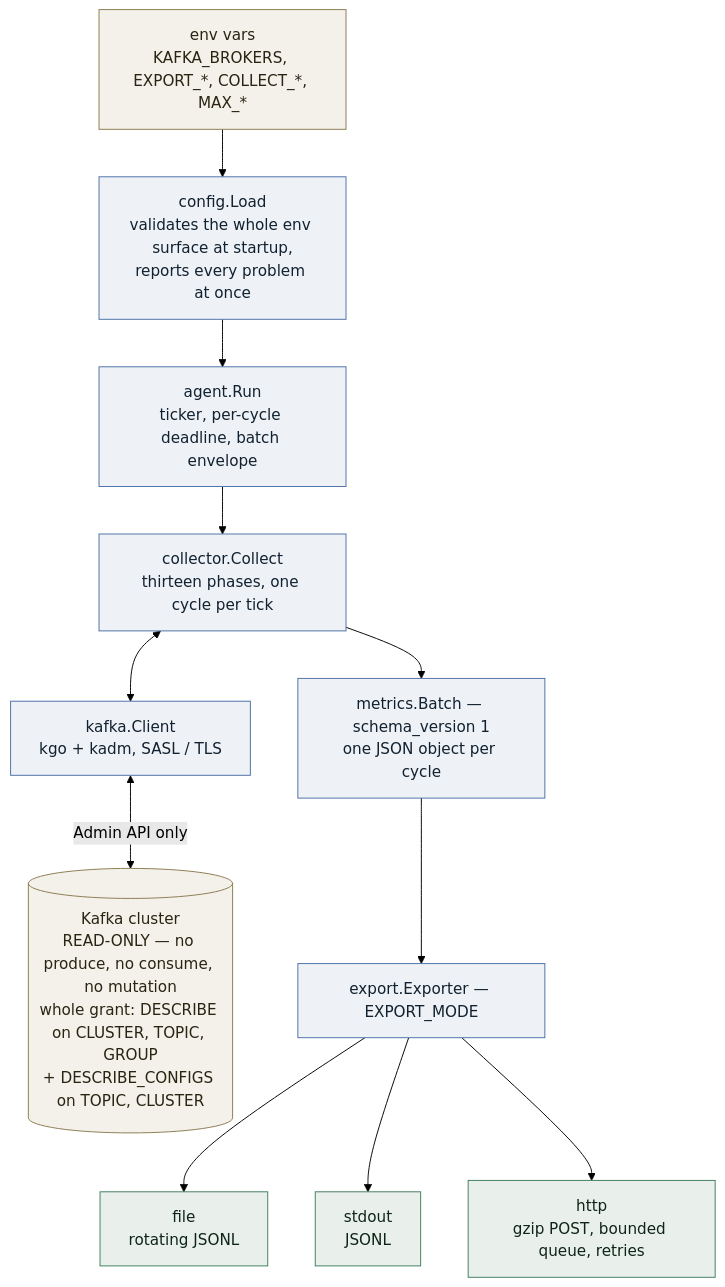
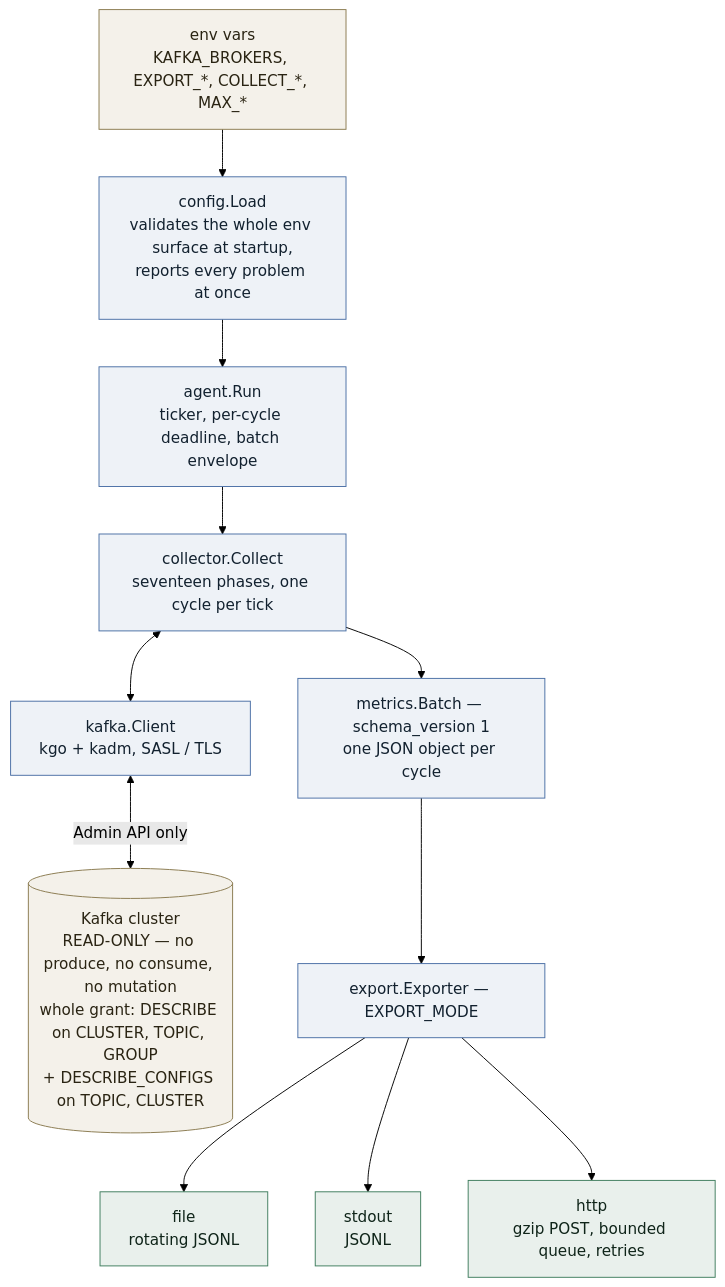
Before and after one commit to streamsight-labs/streamsight-agent: the first of 2 diagrams in README.md, drawn with Mermaid (forest theme). The commit also changed other lines of this file and 24 other files, not shown here.

First line of the commit message:
fix(deploy): stop pinning stale cadences in chart/manifests, default … (#8)

````diff
--- a/README.md
+++ b/README.md
@@ -14,29 +14,29 @@
 ```mermaid
 flowchart TB
     ENV["env vars<br/>KAFKA_BROKERS, EXPORT_*, COLLECT_*, MAX_*"]
     CFG["config.Load<br/>validates the whole env surface at startup,<br/>reports every problem at once"]
     AGT["agent.Run<br/>ticker, per-cycle deadline, batch envelope"]
-    COL["collector.Collect<br/>thirteen phases, one cycle per tick"]
+    COL["collector.Collect<br/>seventeen phases, one cycle per tick"]
     KCL["kafka.Client<br/>kgo + kadm, SASL / TLS"]
     KFK[("Kafka cluster<br/>READ-ONLY — no produce, no consume, no mutation<br/>whole grant: DESCRIBE on CLUSTER, TOPIC, GROUP<br/>+ DESCRIBE_CONFIGS on TOPIC, CLUSTER")]
     BAT["metrics.Batch — schema_version 1<br/>one JSON object per cycle"]
     EXP["export.Exporter — EXPORT_MODE"]
     FIL["file<br/>rotating JSONL"]
     STD["stdout<br/>JSONL"]
     HTP["http<br/>gzip POST, bounded queue, retries"]
 
     ENV --> CFG --> AGT --> COL
     COL <--> KCL
     KCL <-- "Admin API only" --> KFK
     COL --> BAT --> EXP
     EXP --> FIL
     EXP --> STD
     EXP --> HTP
 
     classDef proc fill:#eef2f7,stroke:#4a6fa5,color:#12212f
     classDef ext fill:#f4f1ea,stroke:#8a7a4e,color:#2a2413
     classDef sink fill:#e9f0ec,stroke:#3f7d5e,color:#0f2419
     class CFG,AGT,COL,KCL,BAT,EXP proc
     class ENV,KFK ext
     class FIL,STD,HTP sink
 ```
````
